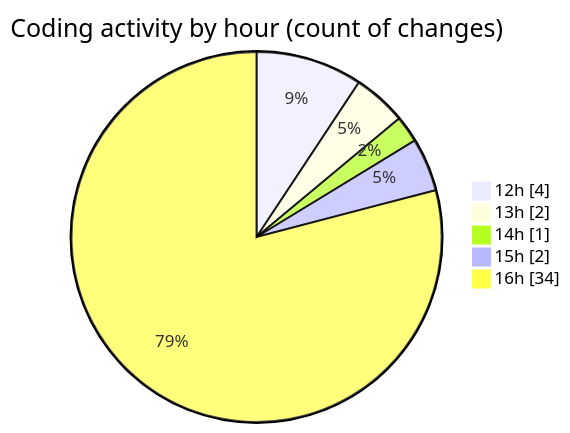
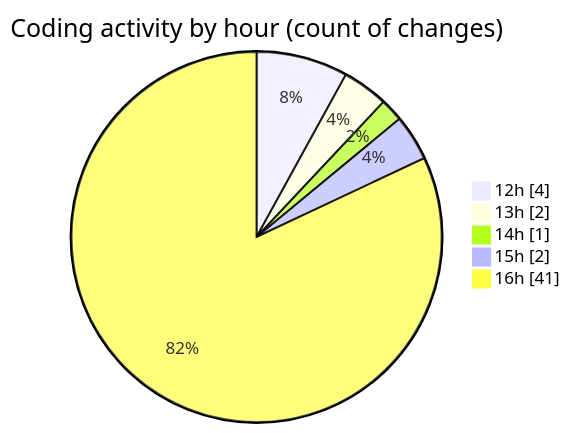
One commit to nxtqubesakshisongat/code-tracking changed the second of 2 diagrams in 2026-06-12/nxtqube_webapp/README.md. Above: the diagram before and after it, drawn with Mermaid. The commit also changed other lines of this file and 1 other file, not shown here.

````diff
--- a/2026-06-12/nxtqube_webapp/README.md
+++ b/2026-06-12/nxtqube_webapp/README.md
@@ -30,9 +30,9 @@
 ```mermaid
 pie showData
 title Coding activity by hour (count of changes)
 "12h" : 4
 "13h" : 2
 "14h" : 1
 "15h" : 2
-"16h" : 34
+"16h" : 41
 ```
````
